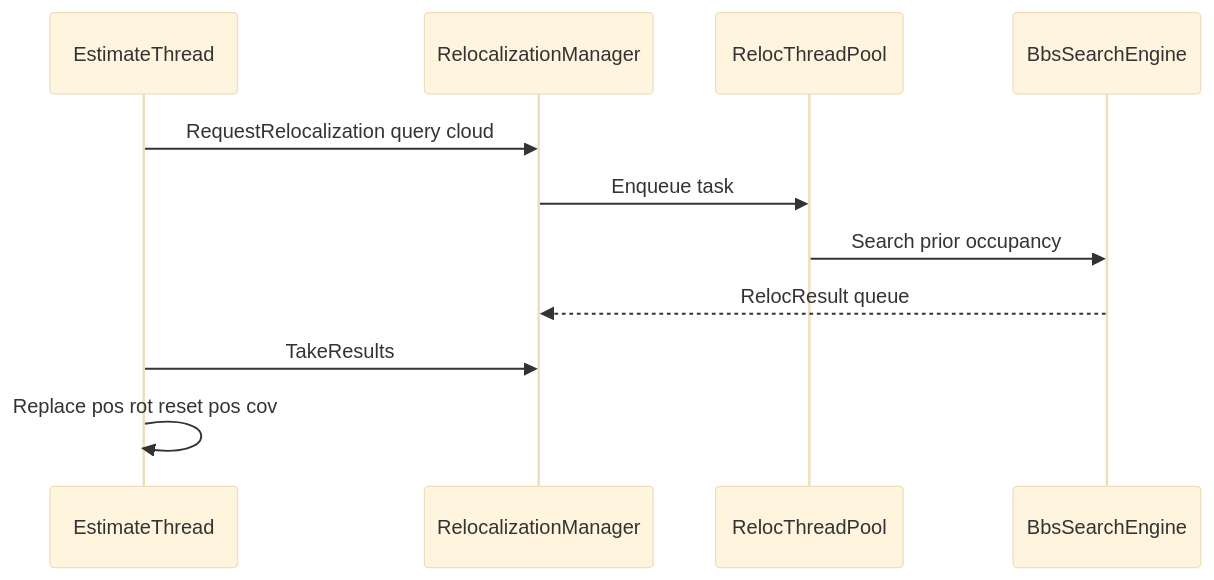
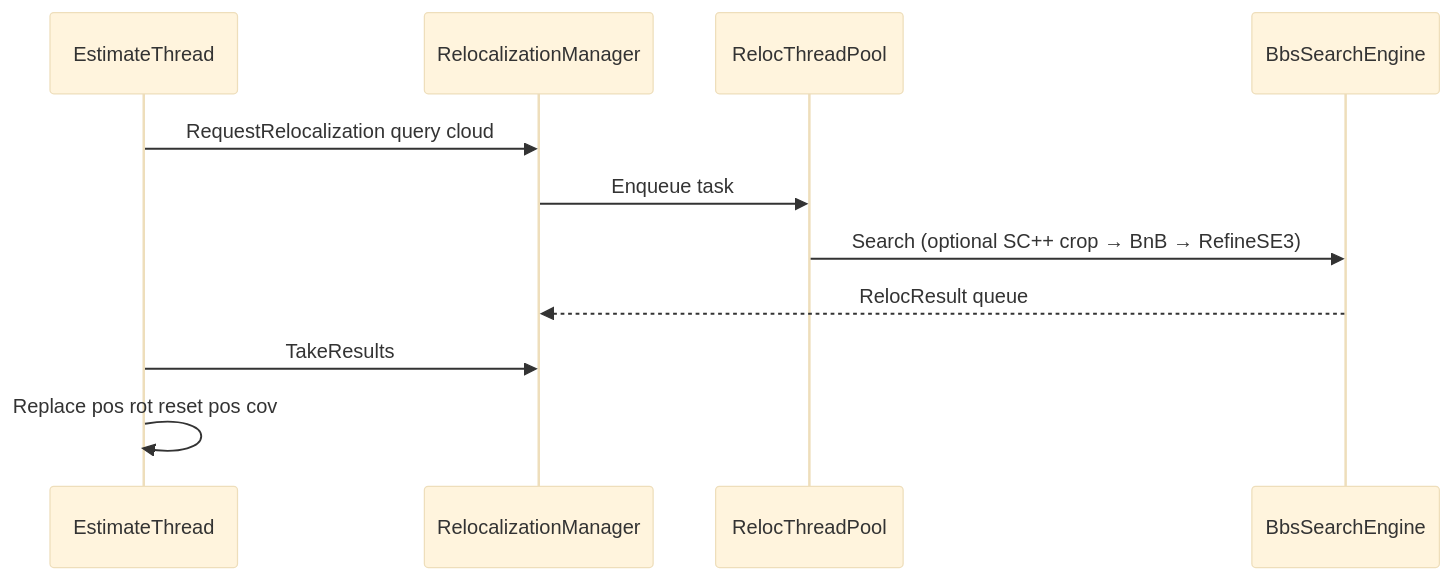
The third of 3 diagrams in autonomy/localization/argus/docs/03_sequence.md (quandy2020/autonomy), drawn with Mermaid (base theme) before and after one commit. The commit also changed 85 other files, not shown here.

````diff
--- a/autonomy/localization/argus/docs/03_sequence.md
+++ b/autonomy/localization/argus/docs/03_sequence.md
@@ -95,14 +95,14 @@
 ```mermaid
 sequenceDiagram
   participant Est as EstimateThread
   participant M as RelocalizationManager
   participant Pool as RelocThreadPool
   participant BnB as BbsSearchEngine
 
   Est->>M: RequestRelocalization query cloud
   M->>Pool: Enqueue task
-  Pool->>BnB: Search prior occupancy
+  Pool->>BnB: Search (optional SC++ crop → BnB → RefineSE3)
   BnB-->>M: RelocResult queue
   Est->>M: TakeResults
   Est->>Est: Replace pos rot reset pos cov
 ```
````
